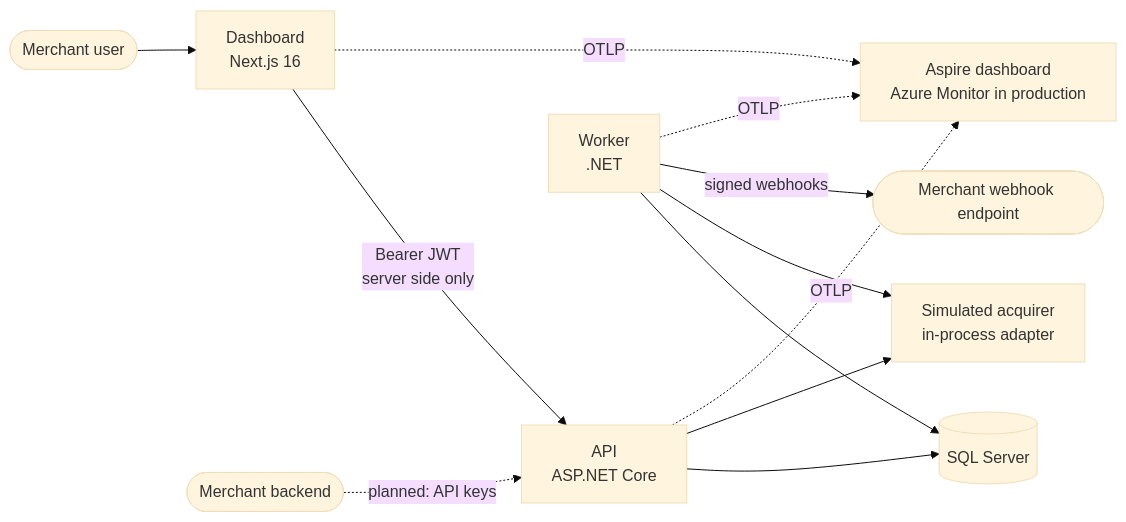
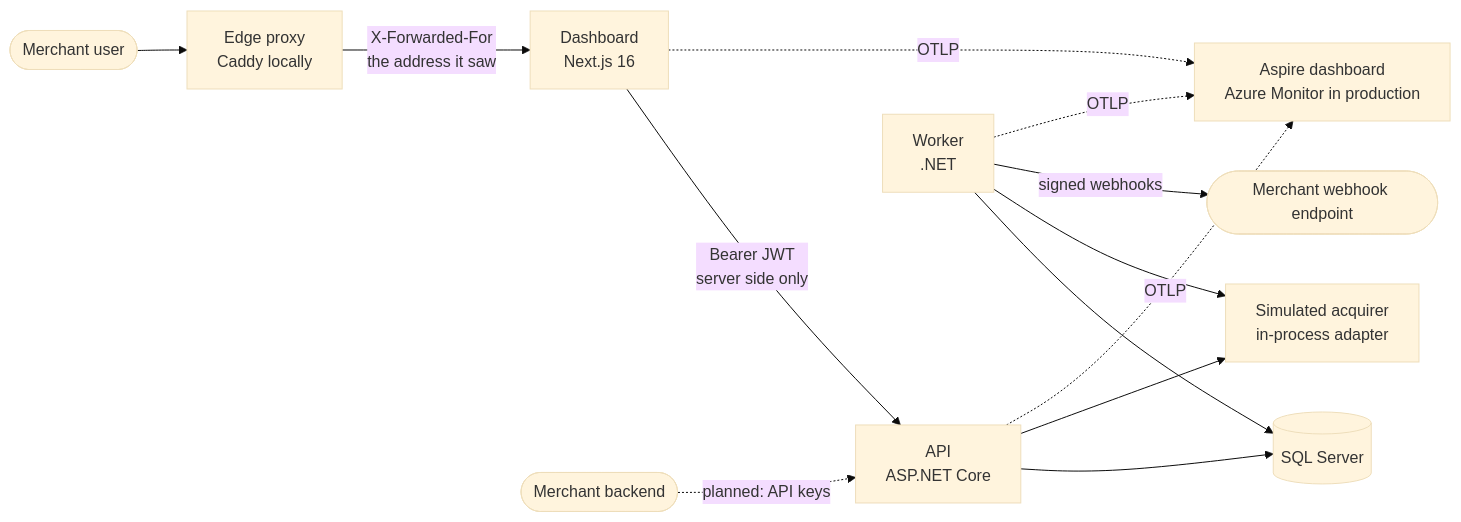
Before and after one commit to Antheagao/payment-platform: the first of 5 diagrams in docs/architecture.md, drawn with Mermaid (base theme). The commit also changed other lines of this file and 30 other files, not shown here.

First line of the commit message:
security: limit sign-ins per person, with the address the dashboard's edge saw

````diff
--- a/docs/architecture.md
+++ b/docs/architecture.md
@@ -9,12 +9,13 @@
 ```mermaid
 flowchart LR
-    user([Merchant user]) --> web[Dashboard<br/>Next.js 16]
+    user([Merchant user]) --> edge[Edge proxy<br/>Caddy locally]
+    edge -->|"X-Forwarded-For<br/>the address it saw"| web[Dashboard<br/>Next.js 16]
     web -->|"Bearer JWT<br/>server side only"| api[API<br/>ASP.NET Core]
     merchant([Merchant backend]) -.->|planned: API keys| api
     api --> db[(SQL Server)]
     api --> acq[Simulated acquirer<br/>in-process adapter]
     worker[Worker<br/>.NET] --> db
     worker --> acq
     worker -->|signed webhooks| hooks([Merchant webhook endpoint])
     api & worker & web -.->|OTLP| otel[Aspire dashboard<br/>Azure Monitor in production]
 ```
````
